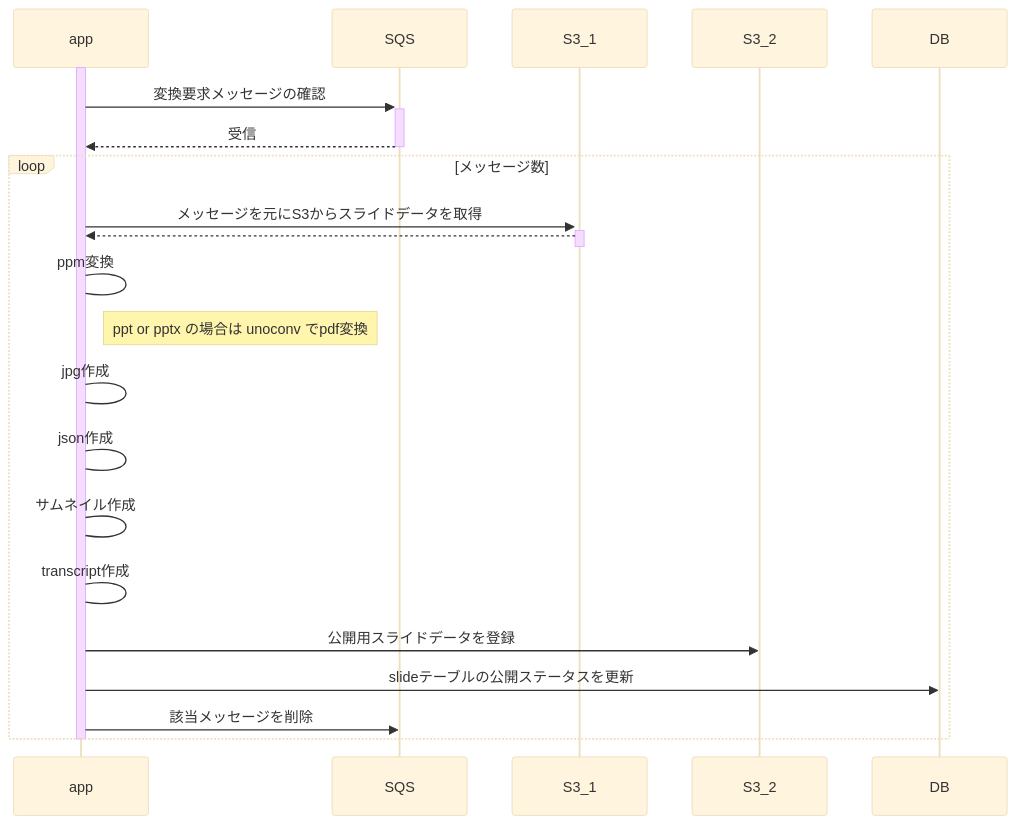
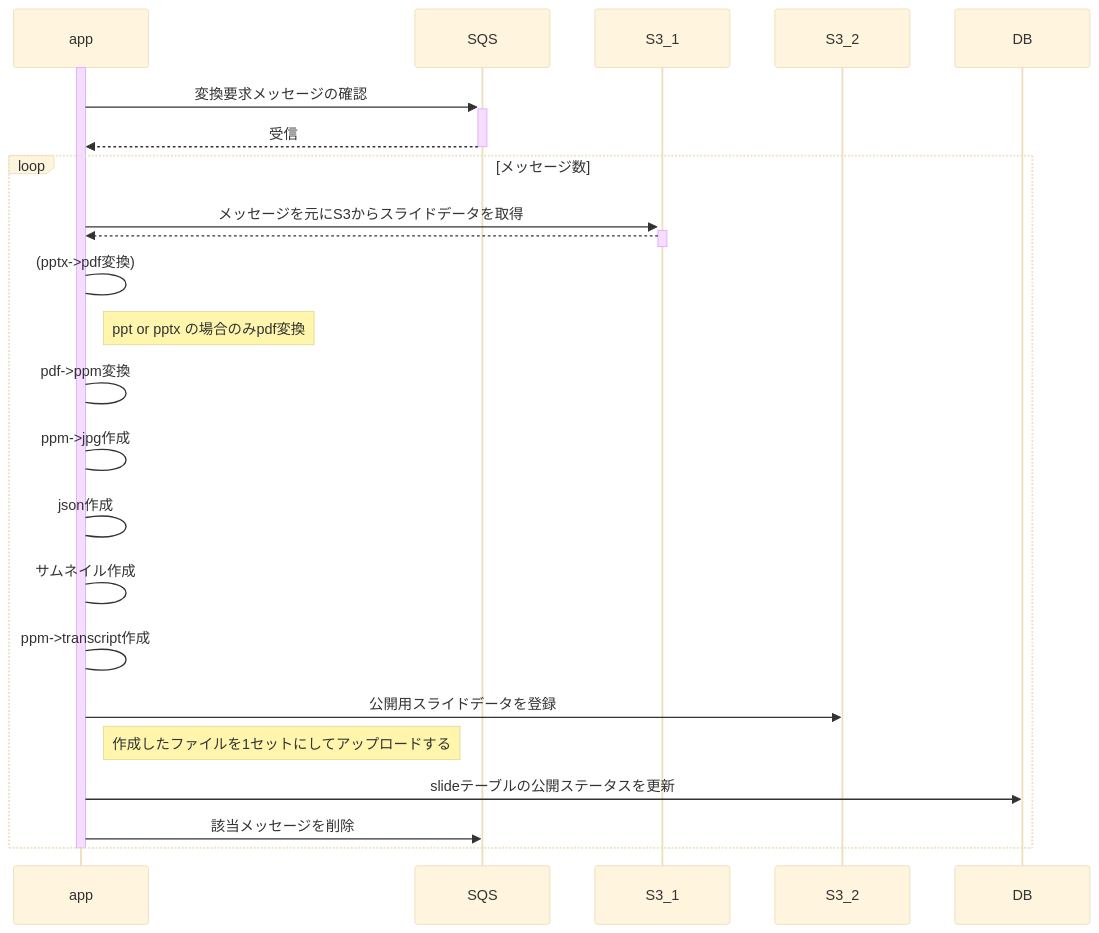
Before and after one commit to salsacorn/slide_converter: the second of 2 diagrams in docs/convert_logic.md, drawn with Mermaid (base theme). The commit also changed other lines of this file and 2 other files, not shown here.

````diff
--- a/docs/convert_logic.md
+++ b/docs/convert_logic.md
@@ -16,20 +18,22 @@
 ```mermaid
 sequenceDiagram
   activate app
   app->>+SQS: 変換要求メッセージの確認
   SQS-->>-app: 受信
   loop メッセージ数
     app->>+S3_1: メッセージを元にS3からスライドデータを取得
     S3_1-->>-app:   
-    app->app: ppm変換
-    Note right of app: ppt or pptx の場合は unoconv でpdf変換
-    app->app: jpg作成
+    app->app: (pptx->pdf変換)   
+    Note right of app: ppt or pptx の場合のみpdf変換
+    app->app: pdf->ppm変換
+    app->app: ppm->jpg作成
     app->app: json作成
     app->app: サムネイル作成
-    app->app: transcript作成
+    app->app: ppm->transcript作成
     app->>S3_2: 公開用スライドデータを登録
+    Note right of app: 作成したファイルを1セットにしてアップロードする
     app->>DB: slideテーブルの公開ステータスを更新
     app->>SQS: 該当メッセージを削除
   end
   deactivate app
 ```
````
